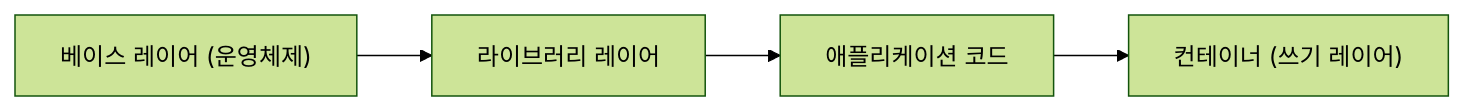
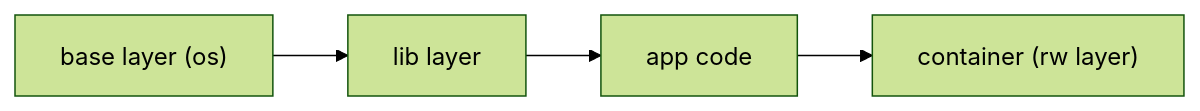
The diagram in content/containers-101/ko/02-image-and-layer.md (yeongseon-books/book-content), drawn with Mermaid (forest theme) before and after one commit. The commit also changed other lines of this file and 9 other files, not shown here.

````diff
--- a/content/containers-101/ko/02-image-and-layer.md
+++ b/content/containers-101/ko/02-image-and-layer.md
@@ -47,6 +45,6 @@
 ```mermaid
 flowchart LR
-    Base["베이스 레이어 (운영체제)"] --> Lib["라이브러리 레이어"]
-    Lib --> Code["애플리케이션 코드"]
-    Code --> Container["컨테이너 (쓰기 레이어)"]
+    Base["base layer (os)"] --> Lib["lib layer"]
+    Lib --> Code["app code"]
+    Code --> Container["container (rw layer)"]
 ```
````
